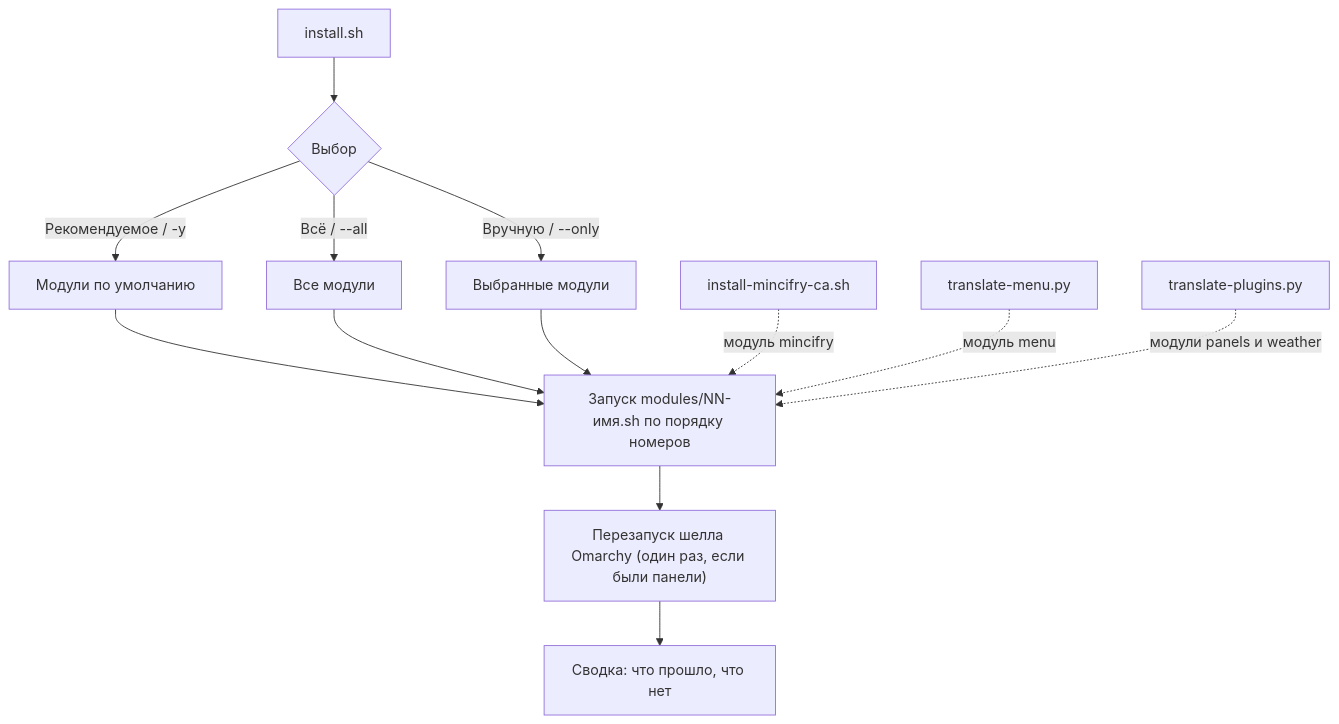
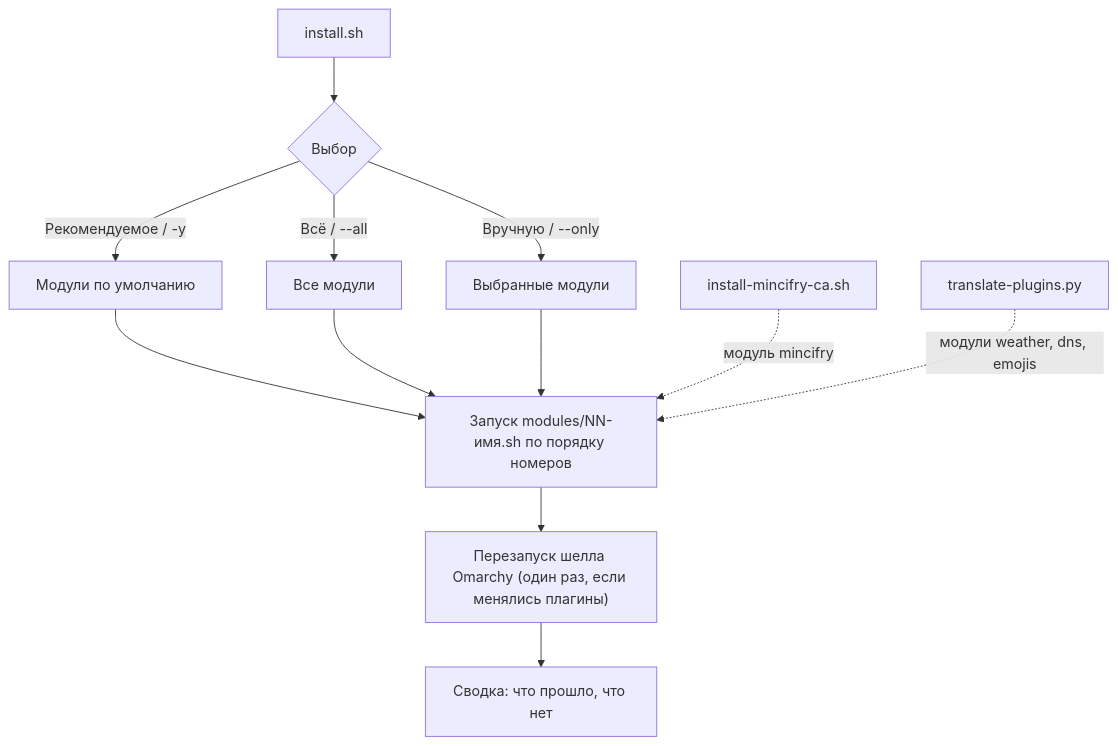
Before and after one commit to chastnik/omarchy-rus: the first of 3 diagrams in README.md, drawn with Mermaid. The commit also changed other lines of this file and 20 other files, not shown here.

````diff
--- a/README.md
+++ b/README.md
@@ -85,15 +88,14 @@
 ```mermaid
 flowchart TD
     I["install.sh"] --> S{"Выбор"}
     S -->|"Рекомендуемое / -y"| D["Модули по умолчанию"]
     S -->|"Всё / --all"| A["Все модули"]
     S -->|"Вручную / --only"| U["Выбранные модули"]
     D --> R["Запуск modules/NN-имя.sh по порядку номеров"]
     A --> R
     U --> R
-    R --> X["Перезапуск шелла Omarchy (один раз, если были панели)"]
+    R --> X["Перезапуск шелла Omarchy (один раз, если менялись плагины)"]
     X --> Y["Сводка: что прошло, что нет"]
     C["install-mincifry-ca.sh"] -.->|"модуль mincifry"| R
-    M["translate-menu.py"] -.->|"модуль menu"| R
-    T["translate-plugins.py"] -.->|"модули panels и weather"| R
+    T["translate-plugins.py"] -.->|"модули weather, dns, emojis"| R
 ```
````
